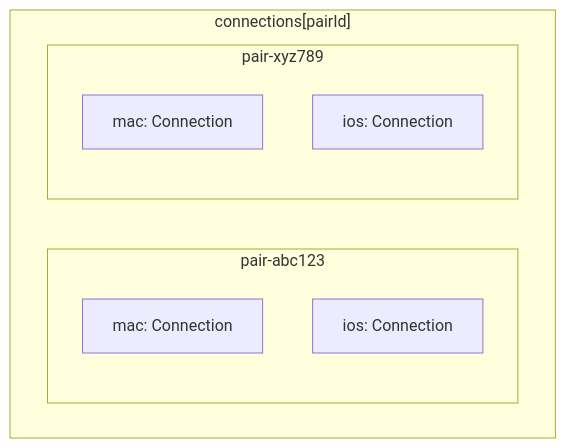
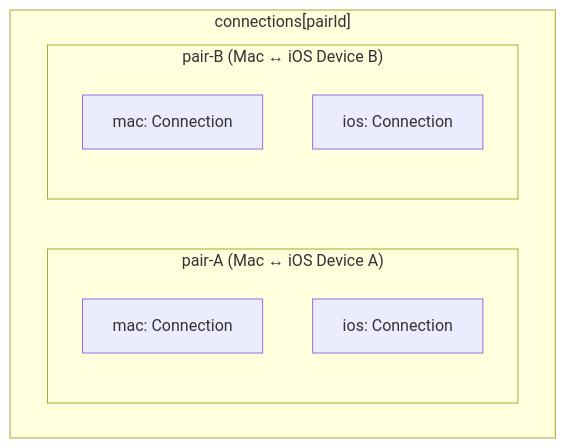
One commit to gpambrozio/Gallager changed the eighth of 12 diagrams in docs/streaming-architecture.md. Above: the diagram before and after it, drawn with Mermaid. The commit also changed other lines of this file and 15 other files, not shown here.

````diff
--- a/docs/streaming-architecture.md
+++ b/docs/streaming-architecture.md
@@ -197,13 +211,13 @@
 ```mermaid
 graph TB
     subgraph "connections[pairId]"
-        subgraph "pair-abc123"
+        subgraph "pair-A (Mac ↔ iOS Device A)"
             M1[mac: Connection]
             I1[ios: Connection]
         end
-        subgraph "pair-xyz789"
+        subgraph "pair-B (Mac ↔ iOS Device B)"
             M2[mac: Connection]
             I2[ios: Connection]
         end
     end
 ```
````
